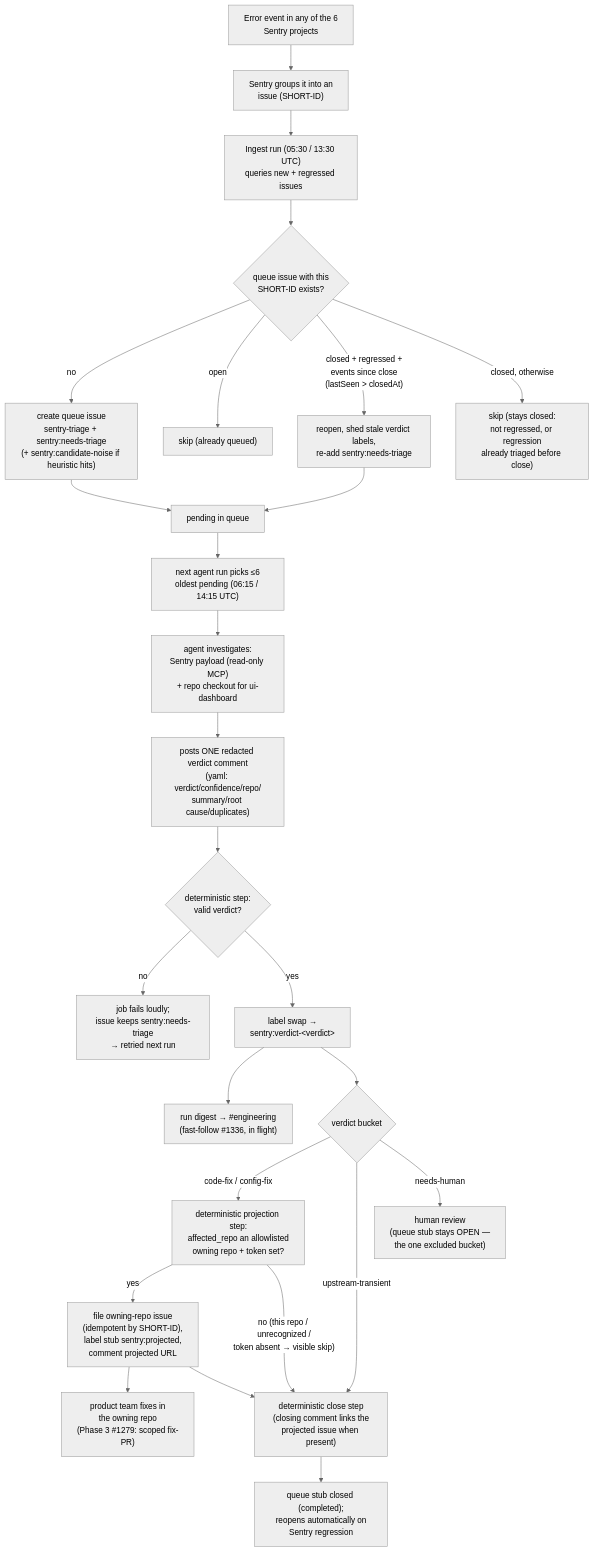
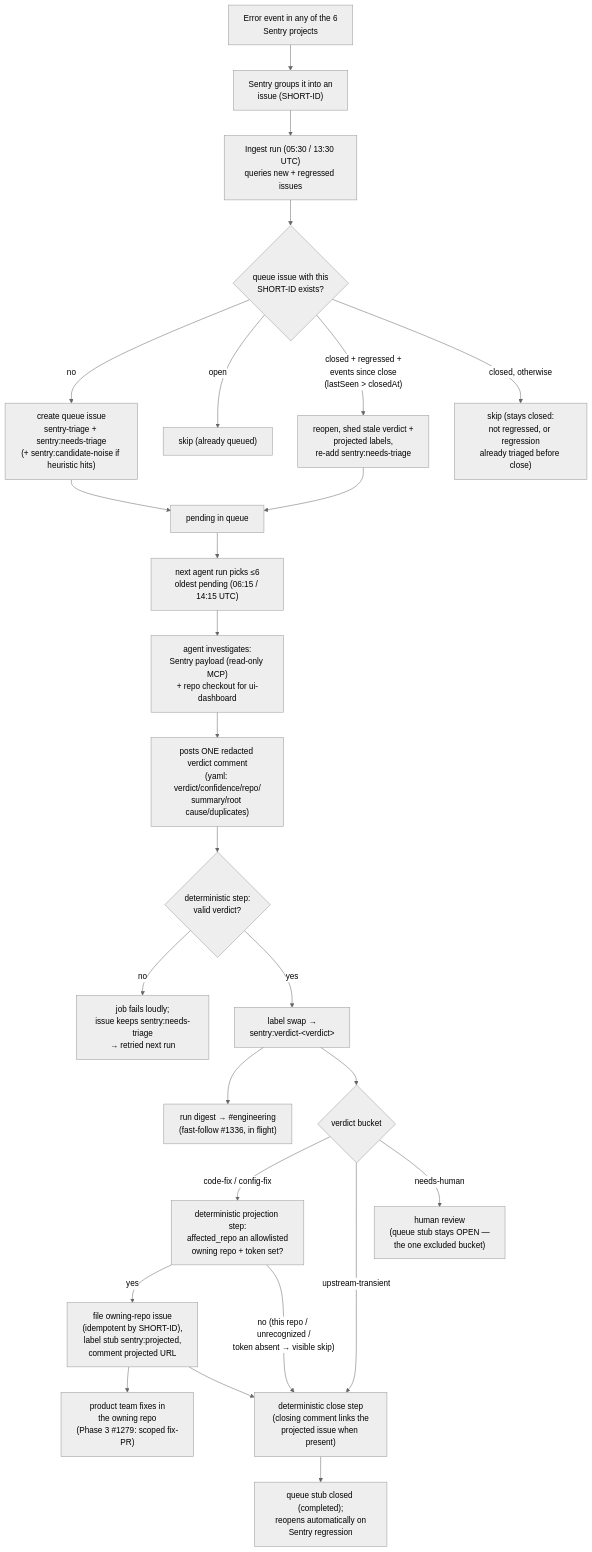
Before and after one commit to mento-protocol/monitoring-monorepo: the second of 2 diagrams in docs/notes/sentry-triage-pipeline.md, drawn with Mermaid (neutral theme). The commit also changed other lines of this file and 6 other files, not shown here.

First line of the commit message:
fix(tooling): harden Sentry verdict projection per PR #1356 review

````diff
--- a/docs/notes/sentry-triage-pipeline.md
+++ b/docs/notes/sentry-triage-pipeline.md
@@ -96,28 +96,28 @@
 ```mermaid
 flowchart TD
     EV["Error event in any of the 6<br/>Sentry projects"] --> GRP["Sentry groups it into an<br/>issue (SHORT-ID)"]
     GRP --> POLL["Ingest run (05:30 / 13:30 UTC)<br/>queries new + regressed issues"]
     POLL --> KNOWN{"queue issue with this<br/>SHORT-ID exists?"}
     KNOWN -- "no" --> CREATE["create queue issue<br/>sentry-triage + sentry:needs-triage<br/>(+ sentry:candidate-noise if heuristic hits)"]
     KNOWN -- "open" --> SKIP["skip (already queued)"]
-    KNOWN -- "closed + regressed +<br/>events since close<br/>(lastSeen &gt; closedAt)" --> REOPEN["reopen, shed stale verdict labels,<br/>re-add sentry:needs-triage"]
+    KNOWN -- "closed + regressed +<br/>events since close<br/>(lastSeen &gt; closedAt)" --> REOPEN["reopen, shed stale verdict +<br/>projected labels,<br/>re-add sentry:needs-triage"]
     KNOWN -- "closed, otherwise" --> STAY["skip (stays closed:<br/>not regressed, or regression<br/>already triaged before close)"]
     CREATE --> PEND["pending in queue"]
     REOPEN --> PEND
     PEND --> BATCH["next agent run picks ≤6<br/>oldest pending (06:15 / 14:15 UTC)"]
     BATCH --> INV["agent investigates:<br/>Sentry payload (read-only MCP)<br/>+ repo checkout for ui-dashboard"]
     INV --> VC["posts ONE redacted verdict comment<br/>(yaml: verdict/confidence/repo/<br/>summary/root cause/duplicates)"]
     VC --> VALID{"deterministic step:<br/>valid verdict?"}
     VALID -- "no" --> FAIL["job fails loudly;<br/>issue keeps sentry:needs-triage<br/>→ retried next run"]
     VALID -- "yes" --> SWAP["label swap →<br/>sentry:verdict-&lt;verdict&gt;"]
     SWAP --> DIGEST["run digest → #engineering<br/>(fast-follow #1336, in flight)"]
     SWAP --> BUCKET{"verdict bucket"}
     BUCKET -- "code-fix / config-fix" --> PROJ["deterministic projection step:<br/>affected_repo an allowlisted<br/>owning repo + token set?"]
     PROJ -- "yes" --> FILE["file owning-repo issue<br/>(idempotent by SHORT-ID),<br/>label stub sentry:projected,<br/>comment projected URL"]
     PROJ -- "no (this repo / unrecognized /<br/>token absent → visible skip)" --> CLOSESTEP
     FILE --> OWNFIX["product team fixes in<br/>the owning repo<br/>(Phase 3 #1279: scoped fix-PR)"]
     FILE --> CLOSESTEP
     BUCKET -- "upstream-transient" --> CLOSESTEP
     BUCKET -- "needs-human" --> REV["human review<br/>(queue stub stays OPEN —<br/>the one excluded bucket)"]
     CLOSESTEP["deterministic close step<br/>(closing comment links the<br/>projected issue when present)"] --> CLOSED["queue stub closed (completed);<br/>reopens automatically on<br/>Sentry regression"]
 ```
````
